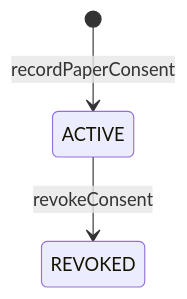
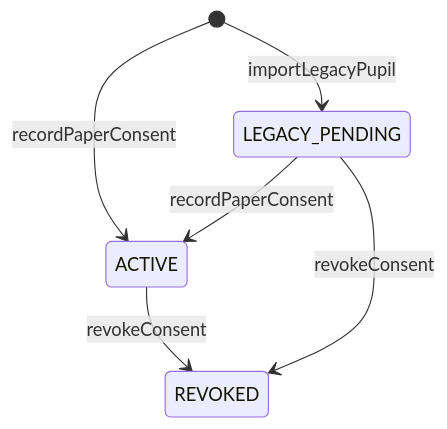
The fourth of 8 diagrams in docs/prds/02_domain_model/lifecycle_models.md (stallev/sun_school_pstgre), drawn with Mermaid before and after one commit. The commit also changed other lines of this file and 19 other files, not shown here.

````diff
--- a/docs/prds/02_domain_model/lifecycle_models.md
+++ b/docs/prds/02_domain_model/lifecycle_models.md
@@ -146,5 +146,8 @@
 ```mermaid
 stateDiagram-v2
   [*] --> ACTIVE: recordPaperConsent
+  [*] --> LEGACY_PENDING: importLegacyPupil
+  LEGACY_PENDING --> ACTIVE: recordPaperConsent
+  LEGACY_PENDING --> REVOKED: revokeConsent
   ACTIVE --> REVOKED: revokeConsent
 ```
````
